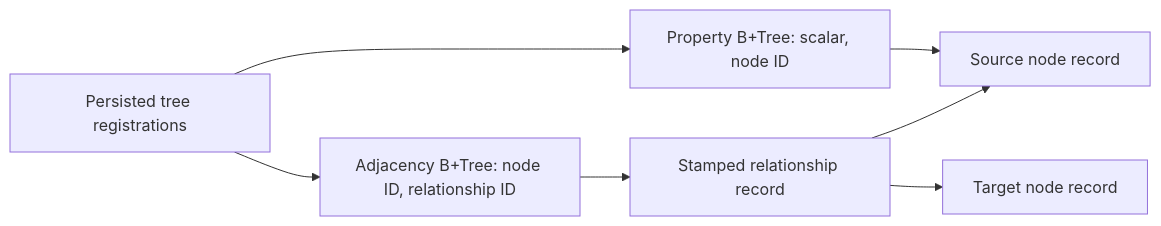
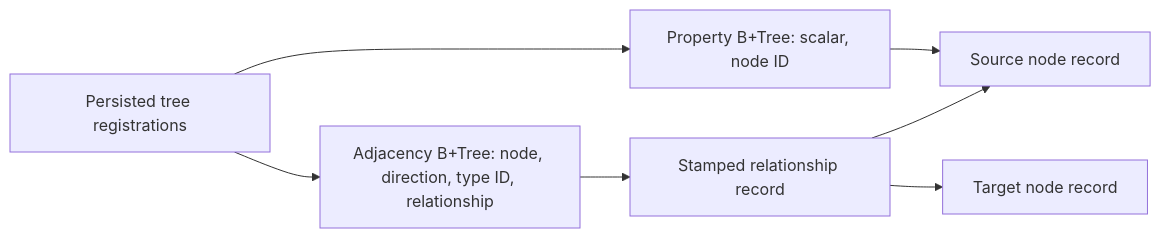
One commit to assimalign/cohesion-docs changed the second of 4 diagrams in docs/dotnet-apis/resources/database/assimalign-cohesion-database-graph/design.md. Above: the diagram before and after it, drawn with Mermaid. The commit also changed other lines of this file and 36 other files, not shown here.

First line of the commit message:
docs(database): pre-T2 wave 1 — graph adjacency, lazy journal enrollment, SQL DML seeks, journal hot paths (#6)

````diff
--- a/docs/dotnet-apis/resources/database/assimalign-cohesion-database-graph/design.md
+++ b/docs/dotnet-apis/resources/database/assimalign-cohesion-database-graph/design.md
@@ -107,9 +109,9 @@
 ```mermaid
 flowchart LR
-    Adj["Adjacency B+Tree: node ID, relationship ID"] --> Rel["Stamped relationship record"]
+    Adj["Adjacency B+Tree: node, direction, type ID, relationship"] --> Rel["Stamped relationship record"]
     Rel --> Src["Source node record"]
     Rel --> Dst["Target node record"]
     Prop["Property B+Tree: scalar, node ID"] --> Src
     Reg["Persisted tree registrations"] --> Adj
     Reg --> Prop
 ```
````
